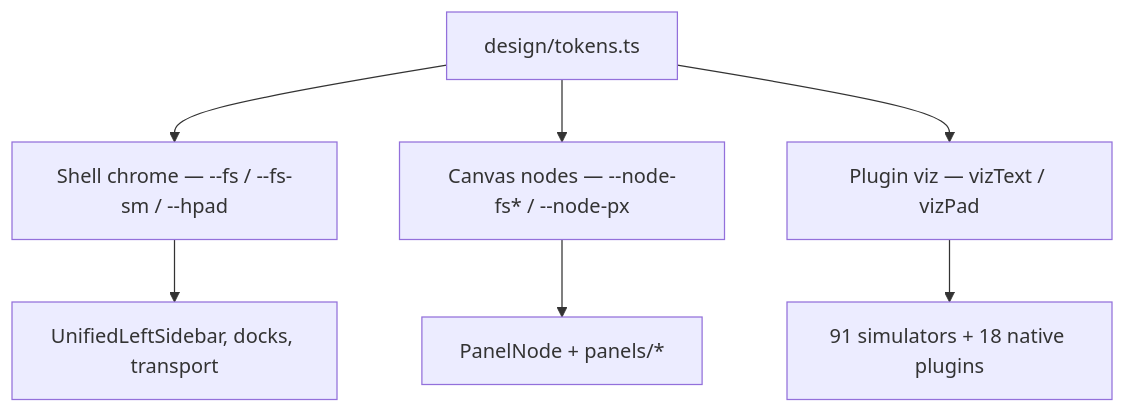
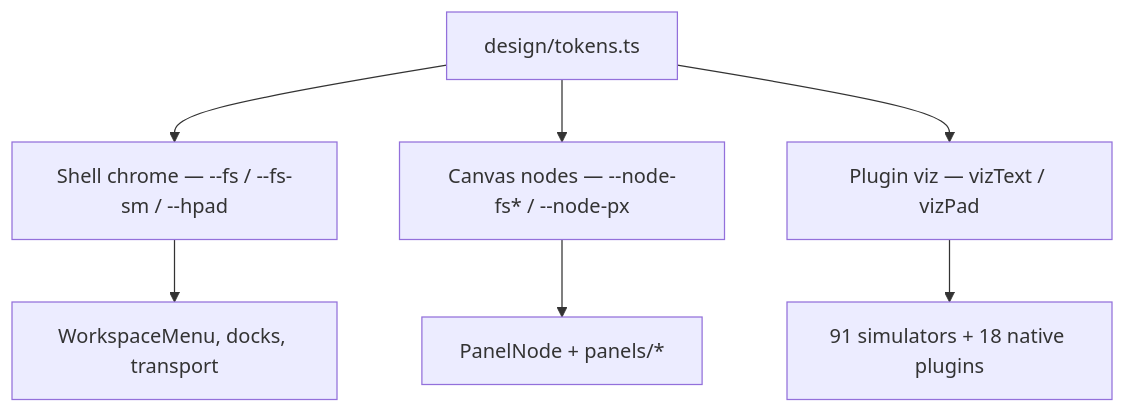
The diagram in frontend/src/design/README.md (samir-ahmed-ai/algo-moves), drawn with Mermaid before and after one commit. The commit also changed 14 other files, not shown here.

First line of the commit message:
feat(workspace): refactor sidebar and introduce WorkspaceMenu

````diff
--- a/frontend/src/design/README.md
+++ b/frontend/src/design/README.md
@@ -5,10 +5,10 @@
 ```mermaid
 flowchart TB
   design["design/tokens.ts"]
   design --> shell["Shell chrome — --fs / --fs-sm / --hpad"]
   design --> canvas["Canvas nodes — --node-fs* / --node-px"]
   design --> viz["Plugin viz — vizText / vizPad"]
-  shell --> sidebars["UnifiedLeftSidebar, docks, transport"]
+  shell --> sidebars["WorkspaceMenu, docks, transport"]
   canvas --> panelNode["PanelNode + panels/*"]
   viz --> simulators["91 simulators + 18 native plugins"]
 ```
````
